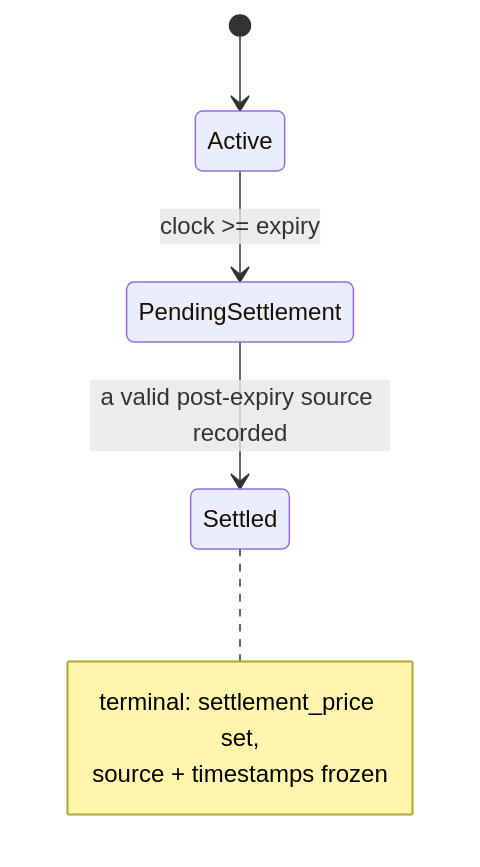
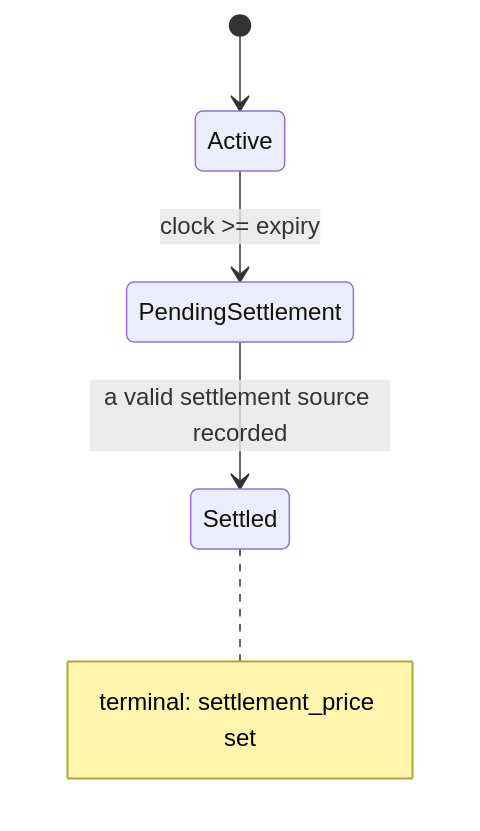
Before and after one commit to MystenLabs/deepbookv3: the second of 2 diagrams in packages/predict/docs/concepts/pricing-and-oracles.md, drawn with Mermaid. The commit also changed other lines of this file and 6 other files, not shown here.

````diff
--- a/packages/predict/docs/concepts/pricing-and-oracles.md
+++ b/packages/predict/docs/concepts/pricing-and-oracles.md
@@ -133,10 +133,9 @@
 ```mermaid
 stateDiagram-v2
     [*] --> Active
     Active --> PendingSettlement: clock >= expiry
-    PendingSettlement --> Settled: a valid post-expiry source recorded
+    PendingSettlement --> Settled: a valid settlement source recorded
     note right of Settled
-        terminal: settlement_price set,
-        source + timestamps frozen
+        terminal: settlement_price set
     end note
 ```
````
